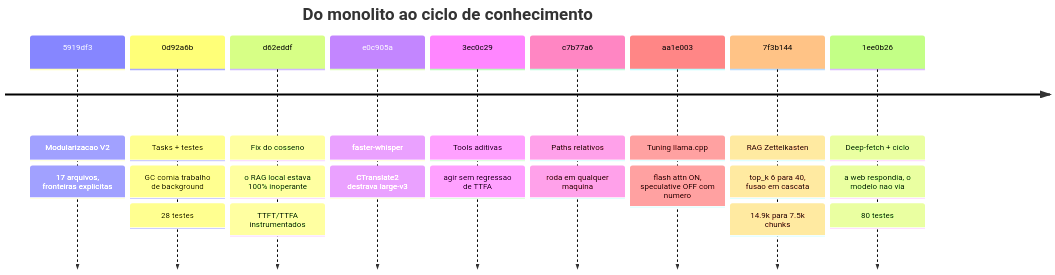
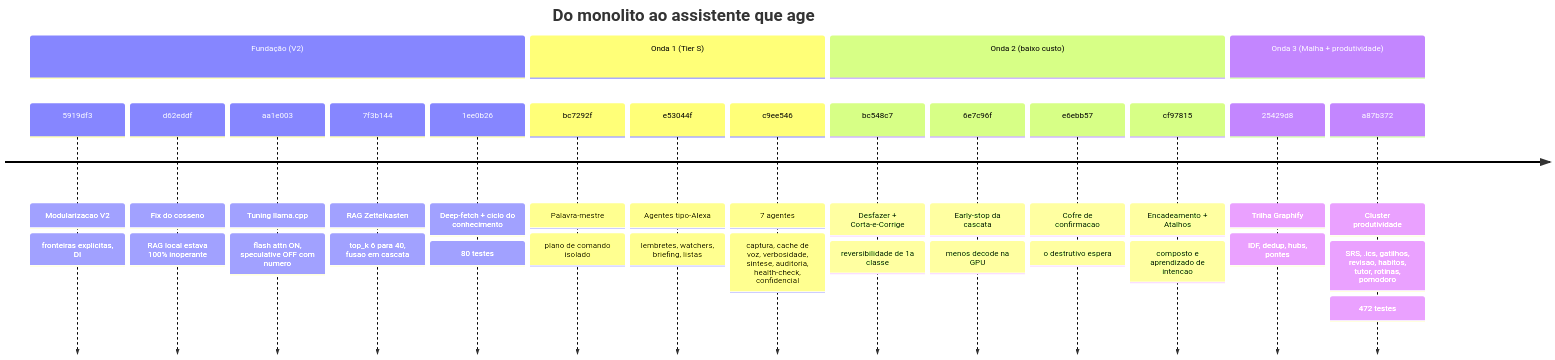
One commit to danielpvp22/mente_digital changed the eighth of 8 diagrams in README.md. Above: the diagram before and after it, drawn with Mermaid. The commit also changed other lines of this file, not shown here.

````diff
--- a/README.md
+++ b/README.md
@@ -556,13 +741,22 @@
 ```mermaid
 timeline
-    title Do monolito ao ciclo de conhecimento
-    5919df3 : Modularizacao V2 : 17 arquivos, fronteiras explicitas
-    0d92a6b : Tasks + testes : GC comia trabalho de background : 28 testes
-    d62eddf : Fix do cosseno : o RAG local estava 100% inoperante : TTFT/TTFA instrumentados
-    e0c905a : faster-whisper : CTranslate2 destrava large-v3
-    3ec0c29 : Tools aditivas : agir sem regressao de TTFA
-    c7b77a6 : Paths relativos : roda em qualquer maquina
-    aa1e003 : Tuning llama.cpp : flash attn ON, speculative OFF com numero
-    7f3b144 : RAG Zettelkasten : top_k 6 para 40, fusao em cascata : 14.9k para 7.5k chunks
-    1ee0b26 : Deep-fetch + ciclo : a web respondia, o modelo nao via : 80 testes
+    title Do monolito ao assistente que age
+    section Fundação (V2)
+        5919df3 : Modularizacao V2 : fronteiras explicitas, DI
+        d62eddf : Fix do cosseno : RAG local estava 100% inoperante
+        aa1e003 : Tuning llama.cpp : flash attn ON, speculative OFF com numero
+        7f3b144 : RAG Zettelkasten : top_k 6 para 40, fusao em cascata
+        1ee0b26 : Deep-fetch + ciclo do conhecimento : 80 testes
+    section Onda 1 (Tier S)
+        bc7292f : Palavra-mestre : plano de comando isolado
+        e53044f : Agentes tipo-Alexa : lembretes, watchers, briefing, listas
+        c9ee546 : 7 agentes : captura, cache de voz, verbosidade, sintese, auditoria, health-check, confidencial
+    section Onda 2 (baixo custo)
+        bc548c7 : Desfazer + Corta-e-Corrige : reversibilidade de 1a classe
+        6e7c96f : Early-stop da cascata : menos decode na GPU
+        e6ebb57 : Cofre de confirmacao : o destrutivo espera
+        cf97815 : Encadeamento + Atalhos : composto e aprendizado de intencao
+    section Onda 3 (Malha + produtividade)
+        25429d8 : Trilha Graphify : IDF, dedup, hubs, pontes
+        a87b372 : Cluster produtividade : SRS, .ics, gatilhos, revisao, habitos, tutor, rotinas, pomodoro : 472 testes
 ```
````
